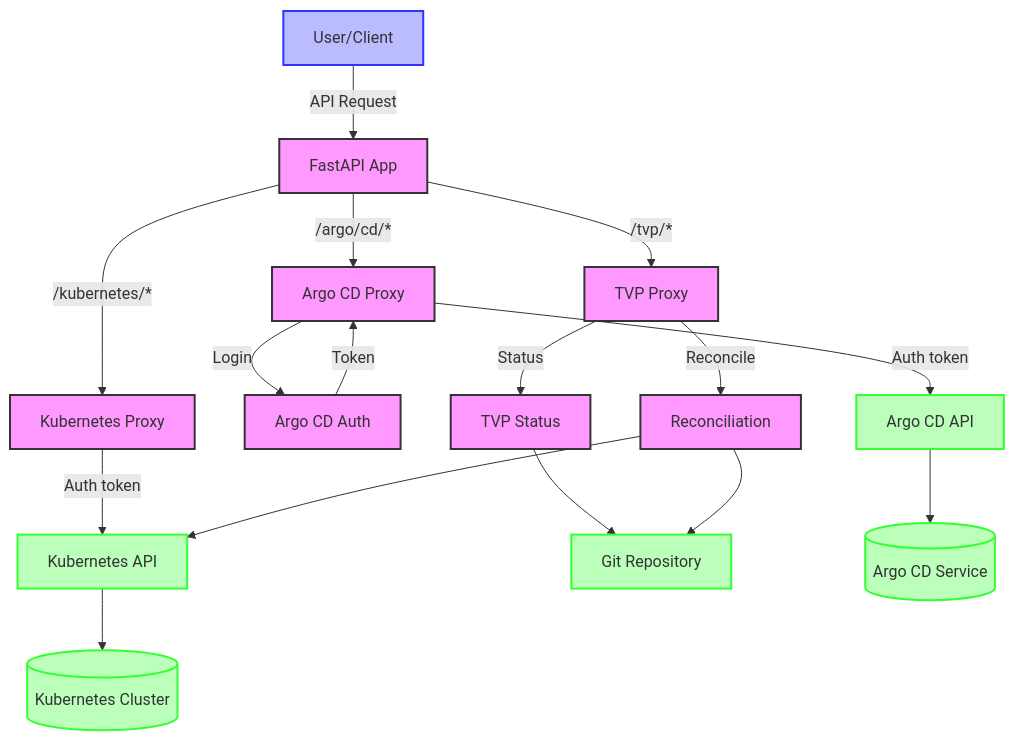
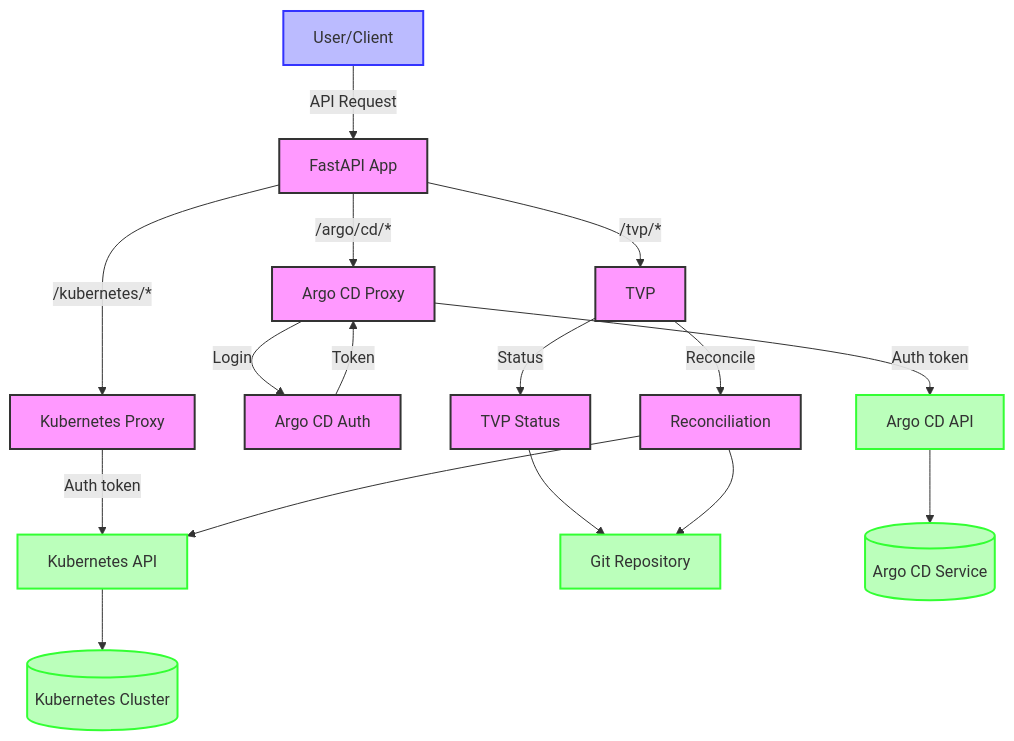
One commit to lloydchang/tvp-k8s changed the diagram in fastapi/mermaid/data-flow-diagram.mermaid. Above: the diagram before and after it, drawn with Mermaid. The commit also changed 3 other files, not shown here.

```diff
--- a/fastapi/mermaid/data-flow-diagram.mermaid
+++ b/fastapi/mermaid/data-flow-diagram.mermaid
@@ -1,29 +1,29 @@
 flowchart TD
     User[User/Client] -->|API Request| API[FastAPI App]
     
     API -->|/kubernetes/*| KP[Kubernetes Proxy]
     API -->|/argo/cd/*| AP[Argo CD Proxy]
-    API -->|/tvp/*| TVP[TVP Proxy]
+    API -->|/tvp/*| TVP[TVP]
     
     KP -->|Auth token| KA[Kubernetes API]
     AP -->|Login| Auth[Argo CD Auth]
     Auth -->|Token| AP
     AP -->|Auth token| AA[Argo CD API]
     
     TVP -->|Status| TS[TVP Status]
     TVP -->|Reconcile| R[Reconciliation]
     
     TS --> Git[Git Repository]
     R --> Git
     R --> KA
     
     KA --> Kubernetes[(Kubernetes Cluster)]
     AA --> ArgoCD[(Argo CD Service)]
     
     classDef user fill:#bbf,stroke:#33f,stroke-width:2px
     classDef app fill:#f9f,stroke:#333,stroke-width:2px
     classDef external fill:#bfb,stroke:#3f3,stroke-width:2px
     
     class User user
     class API,KP,AP,TVP,TS,R,Auth app
     class Kubernetes,ArgoCD,Git,KA,AA external
```
